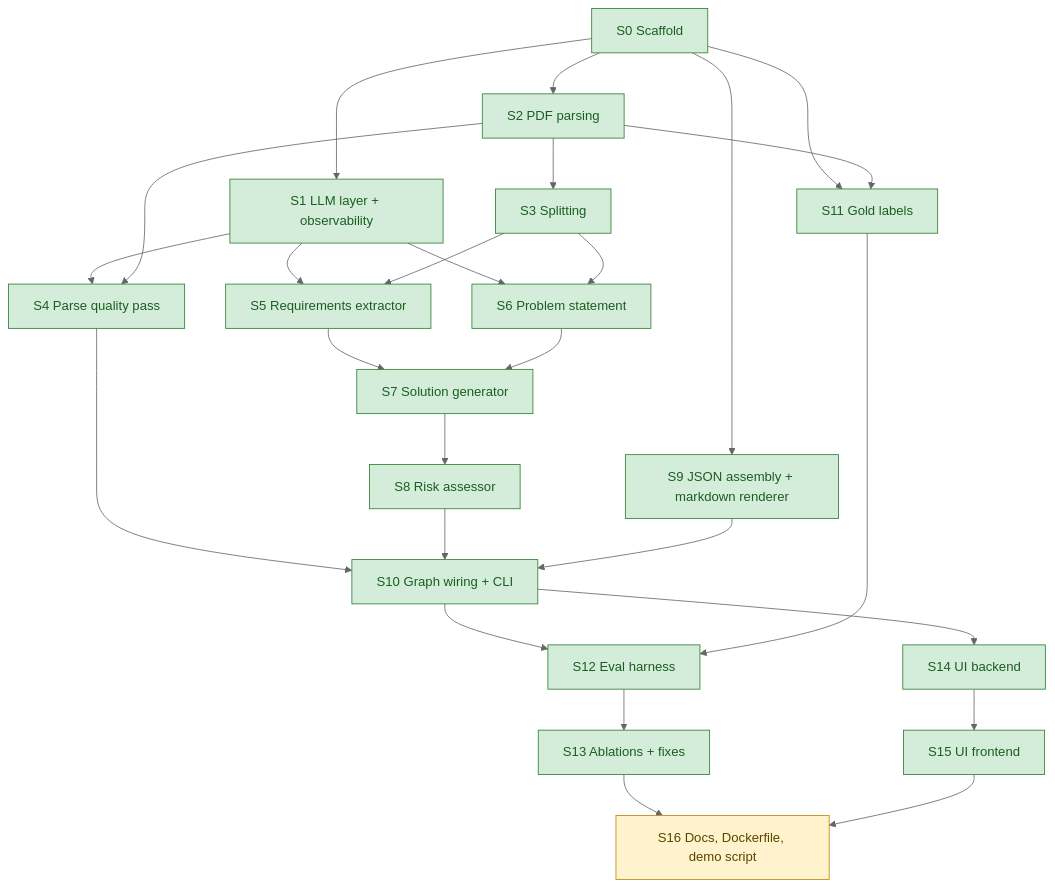
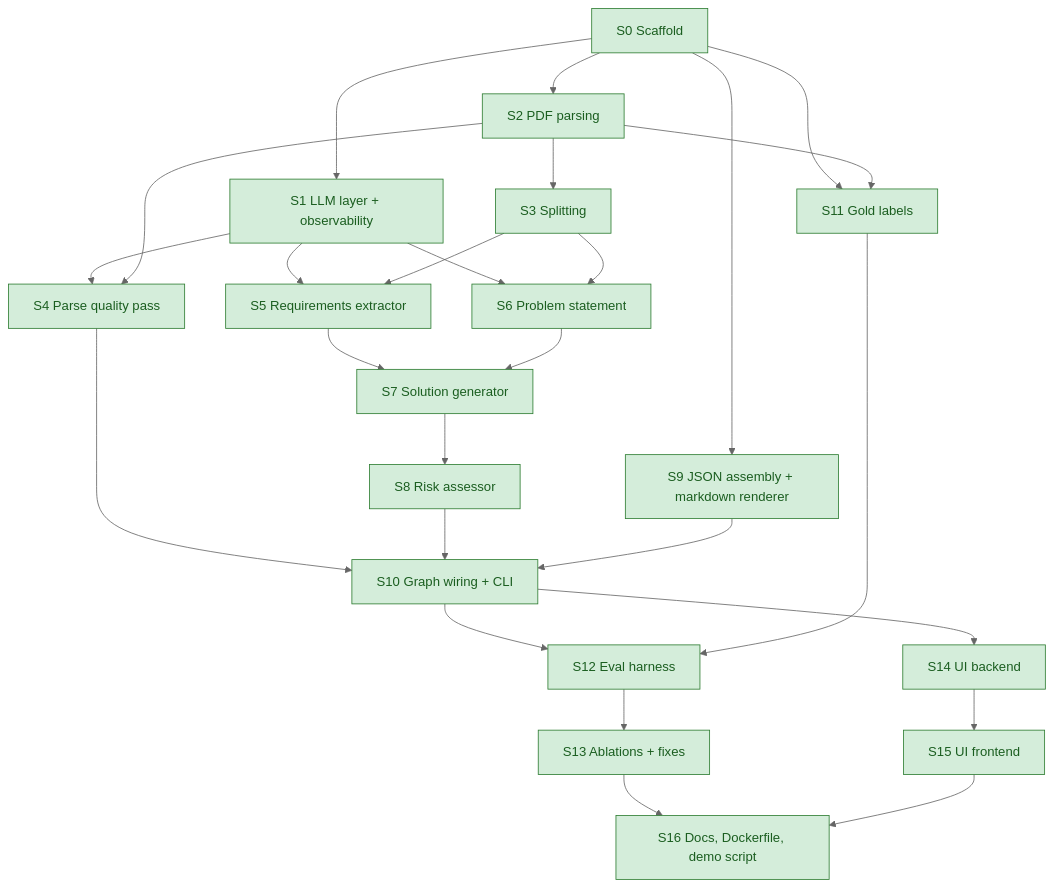
One commit to lofeodo/rfp-solution-summary-generator changed the second of 2 diagrams in docs/ROADMAP.md. Above: the diagram before and after it, drawn with Mermaid (neutral theme). The commit also changed other lines of this file and 2 other files, not shown here.

Commit message:
S16: roadmap done with what was done, retry test reads the regenerated Missouri sample, README layout line

````diff
--- a/docs/ROADMAP.md
+++ b/docs/ROADMAP.md
@@ -82,33 +82,33 @@
 ```mermaid
 flowchart TD
     S0[S0 Scaffold] --> S1[S1 LLM layer + observability]
     S0 --> S2[S2 PDF parsing]
     S0 --> S9[S9 JSON assembly + markdown renderer]
     S0 --> S11[S11 Gold labels]
     S2 --> S3[S3 Splitting]
     S1 --> S4[S4 Parse quality pass]
     S2 --> S4
     S1 --> S5[S5 Requirements extractor]
     S3 --> S5
     S1 --> S6[S6 Problem statement]
     S3 --> S6
     S5 --> S7[S7 Solution generator]
     S6 --> S7
     S7 --> S8[S8 Risk assessor]
     S4 --> S10[S10 Graph wiring + CLI]
     S8 --> S10
     S9 --> S10
     S2 --> S11
     S10 --> S12[S12 Eval harness]
     S11 --> S12
     S12 --> S13[S13 Ablations + fixes]
     S10 --> S14[S14 UI backend]
     S14 --> S15[S15 UI frontend]
     S13 --> S16[S16 Docs, Dockerfile, demo script]
     S15 --> S16
 
     classDef done fill:#d4edda,stroke:#2e7d32,color:#1b5e20
     classDef ready fill:#fff3cd,stroke:#b8860b,color:#5c4400
-    class S0,S1,S2,S3,S4,S5,S6,S7,S8,S9,S10,S11,S12,S13,S14,S15 done
-    class S16 ready
+    class S0,S1,S2,S3,S4,S5,S6,S7,S8,S9,S10,S11,S12,S13,S14,S15,S16 done
+    %% nothing ready: core is complete (stretch steps get their own graph when started)
 ```
````
